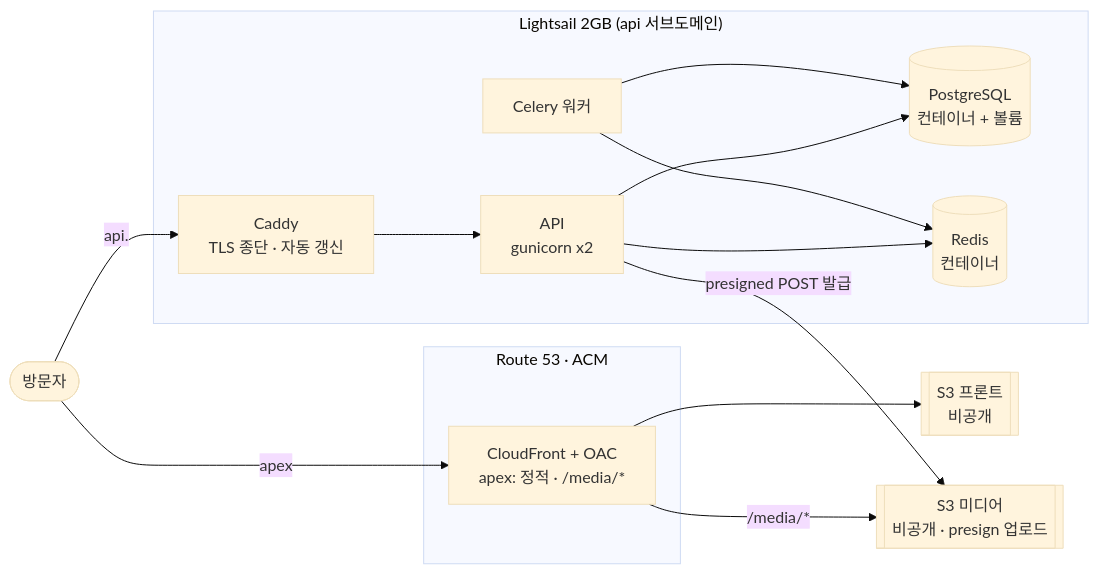
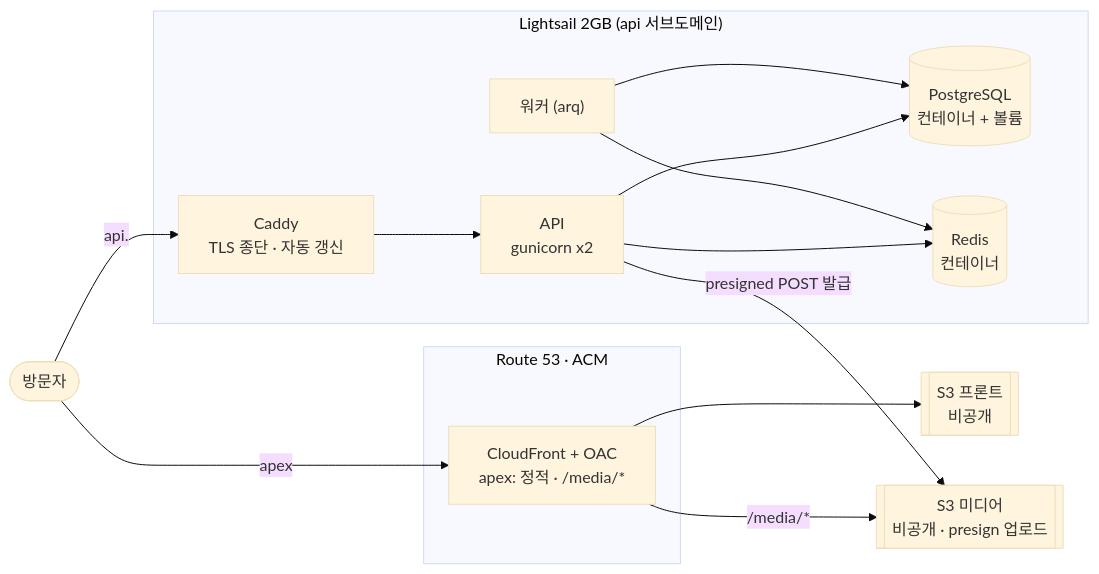
Before and after one commit to kyjness/2-kyjness-community-infra: the third of 3 diagrams in README.md, drawn with Mermaid (base theme). The commit also changed 4 other files, not shown here.

First line of the commit message:
docs(infra): Celery → arq 교체 반영 · tfplan gitignore 누락 수정

````diff
--- a/README.md
+++ b/README.md
@@ -329,30 +329,30 @@
 ```mermaid
 flowchart LR
     user([방문자])
 
     subgraph edge["Route 53 · ACM"]
         cf["CloudFront + OAC<br/>apex: 정적 · /media/*"]
     end
 
     subgraph ls["Lightsail 2GB (api 서브도메인)"]
         caddy["Caddy<br/>TLS 종단 · 자동 갱신"]
         api["API<br/>gunicorn x2"]
-        worker["Celery 워커"]
+        worker["워커 (arq)"]
         pg[("PostgreSQL<br/>컨테이너 + 볼륨")]
         redis[("Redis<br/>컨테이너")]
     end
 
     s3fe[["S3 프론트<br/>비공개"]]
     s3media[["S3 미디어<br/>비공개 · presign 업로드"]]
 
     user -->|apex| cf
     user -->|api.| caddy
     cf --> s3fe
     cf -->|/media/*| s3media
     caddy --> api
     api --> pg
     api --> redis
     worker --> pg
     worker --> redis
     api -->|presigned POST 발급| s3media
 ```
````
